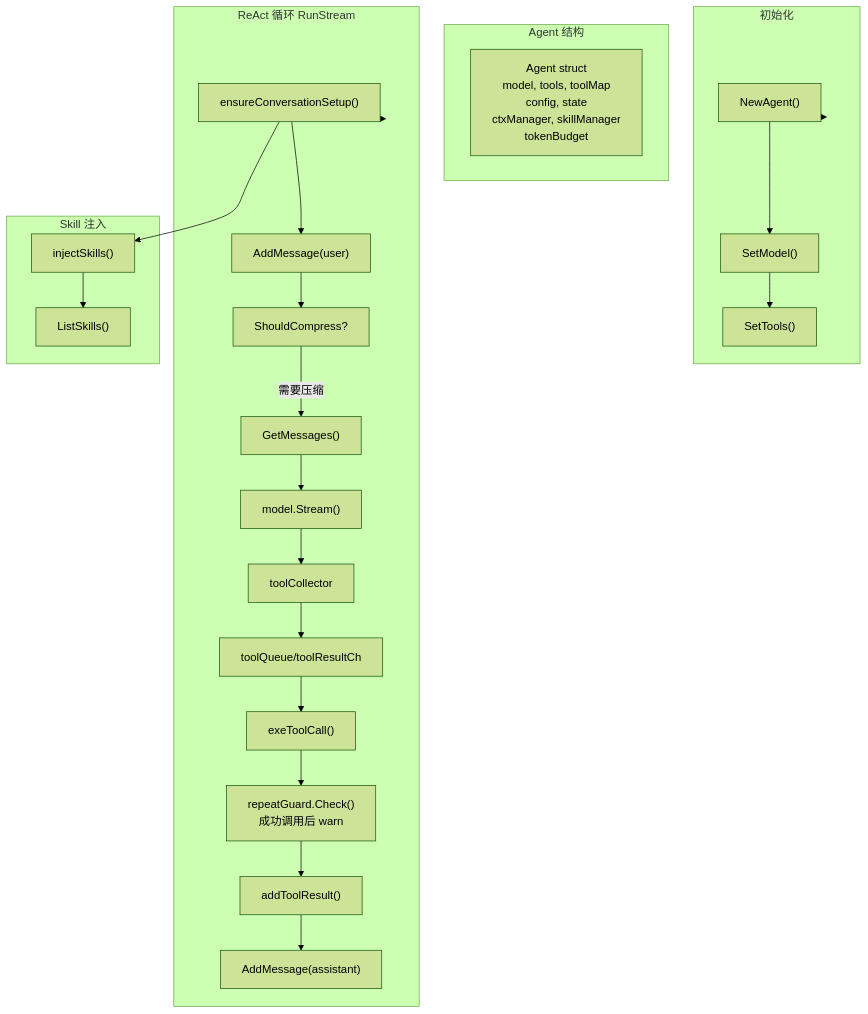
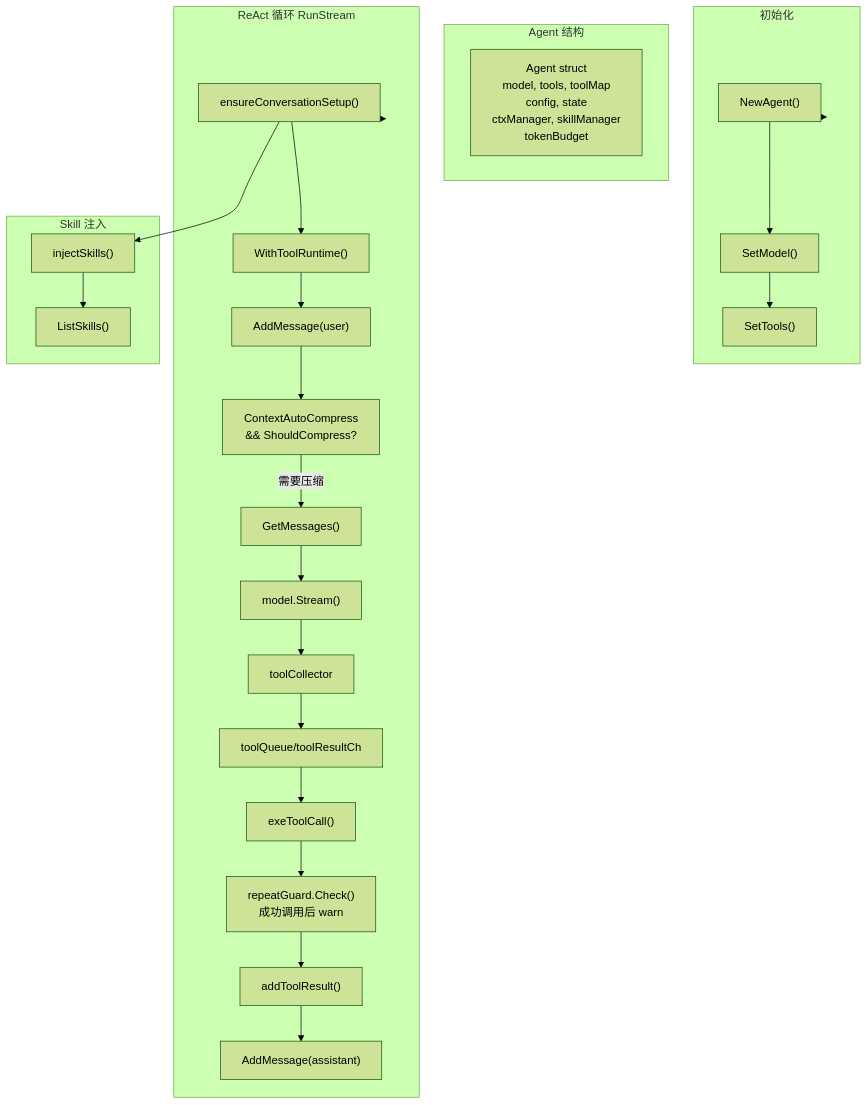
The first of 3 diagrams in doc/agent.md (Ozqi/5hAgent), drawn with Mermaid (forest theme) before and after one commit. The commit also changed other lines of this file and 50 other files, not shown here.

First line of the commit message:
feat(runtime): add headless context workflow

````diff
--- a/doc/agent.md
+++ b/doc/agent.md
@@ -5,37 +5,38 @@
 ```mermaid
 flowchart TB
     subgraph Agent["Agent 结构"]
         A["Agent struct<br/>model, tools, toolMap<br/>config, state<br/>ctxManager, skillManager<br/>tokenBudget"]
     end
 
     subgraph Init["初始化"]
         NA["NewAgent()"]
         SM["SetModel()"]
         ST["SetTools()"]
     end
 
     subgraph Loop["ReAct 循环 RunStream"]
         ECS["ensureConversationSetup()"]
+        RT["WithToolRuntime()"]
         AM["AddMessage(user)"]
-        SC["ShouldCompress?"]
+        SC["ContextAutoCompress<br/>&& ShouldCompress?"]
         GM["GetMessages()"]
         STREAM["model.Stream()"]
         COLLECT["toolCollector"]
         QUEUE["toolQueue/toolResultCh"]
         CHECK["repeatGuard.Check()<br/>成功调用后 warn"]
         EXEC["exeToolCall()"]
         ATR["addToolResult()"]
         ADD_ASST["AddMessage(assistant)"]
     end
 
     subgraph Skill["Skill 注入"]
         IS["injectSkills()"]
         LS["ListSkills()"]
     end
 
     Init --> NA --> SM --> ST
     Loop --> ECS --> IS --> LS
-    ECS --> AM --> SC
+    ECS --> RT --> AM --> SC
     SC -->|需要压缩| GM
     GM --> STREAM --> COLLECT --> QUEUE --> EXEC --> CHECK --> ATR --> ADD_ASST
 ```
````
